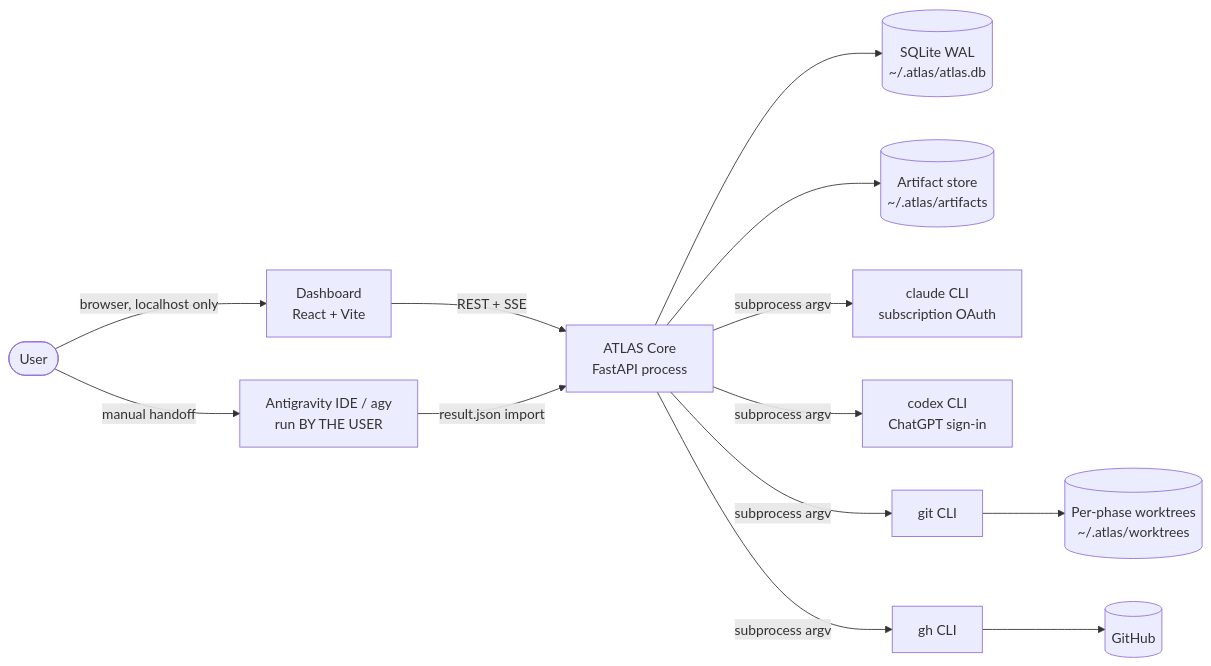
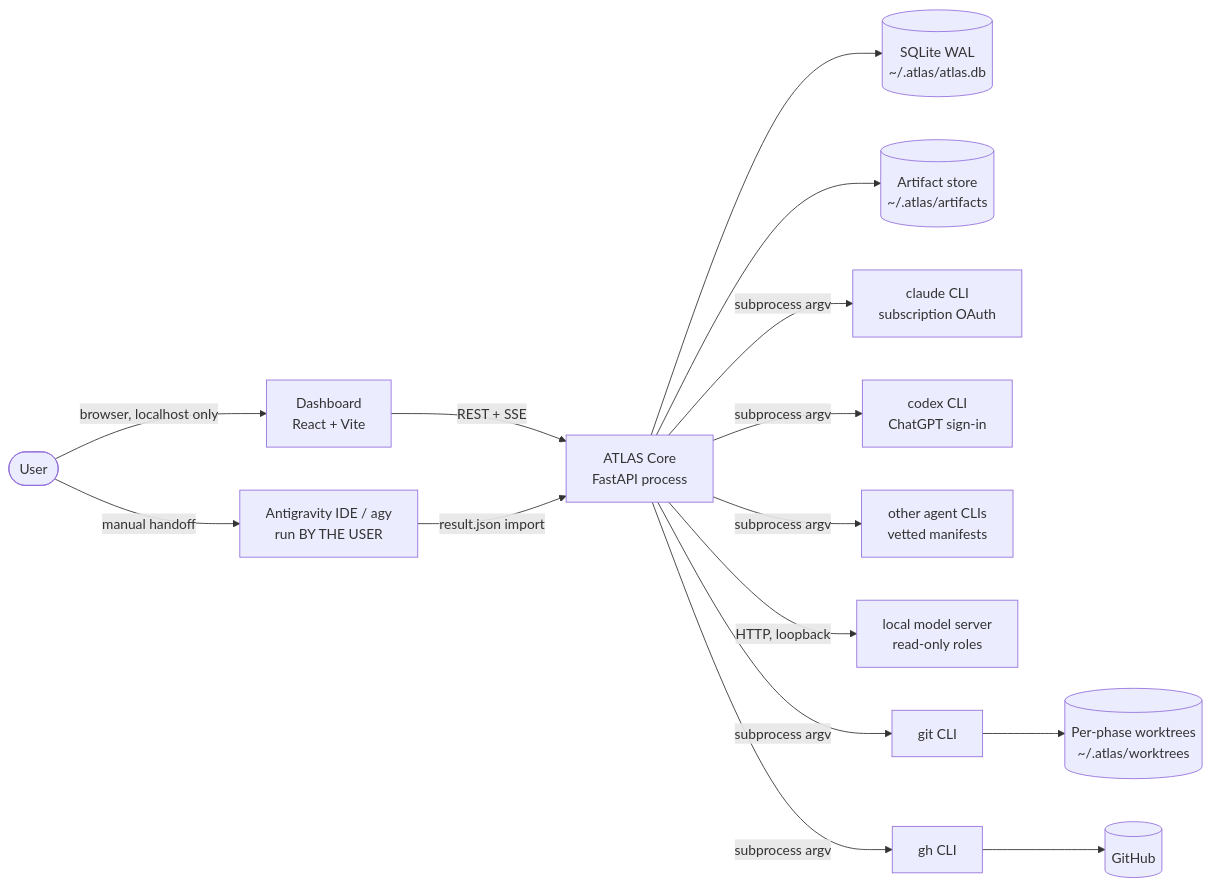
Before and after one commit to vishnuknehru/atlas-orchestrator: the first of 2 diagrams in docs/architecture.md, drawn with Mermaid. The commit also changed other lines of this file and 12 other files, not shown here.

````diff
--- a/docs/architecture.md
+++ b/docs/architecture.md
@@ -22,15 +24,17 @@
 ```mermaid
 flowchart LR
   user([User]) -->|browser, localhost only| ui[Dashboard\nReact + Vite]
   user -->|manual handoff| agyUser[Antigravity IDE / agy\nrun BY THE USER]
   ui -->|REST + SSE| api[ATLAS Core\nFastAPI process]
   api --> db[(SQLite WAL\n~/.atlas/atlas.db)]
   api --> fs[(Artifact store\n~/.atlas/artifacts)]
   api -->|subprocess argv| claude[claude CLI\nsubscription OAuth]
   api -->|subprocess argv| codex[codex CLI\nChatGPT sign-in]
+  api -->|subprocess argv| other[other agent CLIs\nvetted manifests]
+  api -->|HTTP, loopback| local[local model server\nread-only roles]
   api -->|subprocess argv| git[git CLI]
   api -->|subprocess argv| gh[gh CLI]
   gh --> github[(GitHub)]
   git --> wt[(Per-phase worktrees\n~/.atlas/worktrees)]
   agyUser -->|result.json import| api
 ```
````
